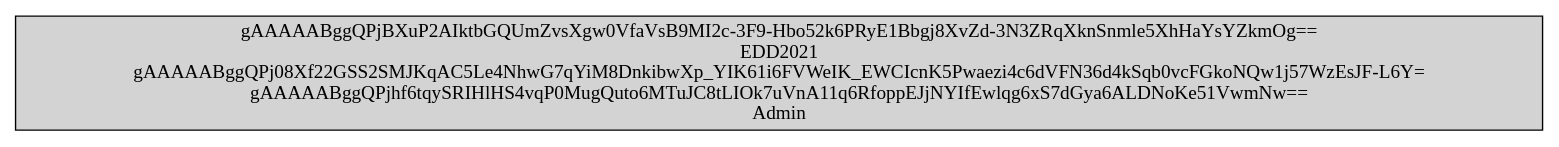
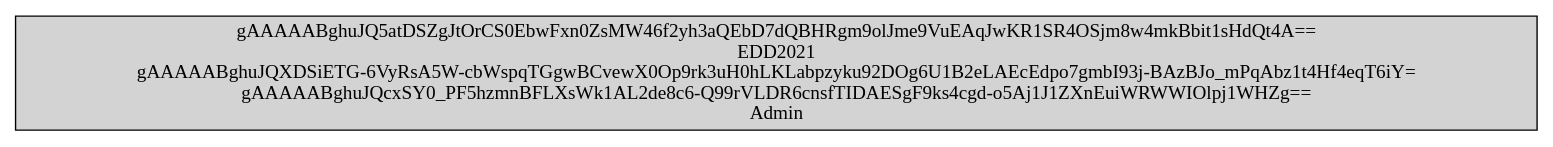
The diagram in Backend/reportesDot/ArbolBEncriptadoSensible.dot (Villa01/EDD_VirtualMall_201900907), drawn with Graphviz before and after one commit. The commit also changed 7 other files, not shown here.

```diff
--- a/Backend/reportesDot/ArbolBEncriptadoSensible.dot
+++ b/Backend/reportesDot/ArbolBEncriptadoSensible.dot
@@ -1,5 +1,5 @@
 digraph grafo { 
 	node[shape="record" style="filled" fillcollor="#58D27A"]
-nodo12345678901011[label = "gAAAAABggQPjBXuP2AIktbGQUmZvsXgw0VfaVsB9MI2c-3F9-Hbo52k6PRyE1Bbgj8XvZd-3N3ZRqXknSnmle5XhHaYsYZkmOg==\nEDD2021\ngAAAAABggQPj08Xf22GSS2SMJKqAC5Le4NhwG7qYiM8DnkibwXp_YIK61i6FVWeIK_EWCIcnK5Pwaezi4c6dVFN36d4kSqb0vcFGkoNQw1j57WzEsJF-L6Y=\ngAAAAABggQPjhf6tqySRIHlHS4vqP0MugQuto6MTuJC8tLIOk7uVnA11q6RfoppEJjNYIfEwlqg6xS7dGya6ALDNoKe51VwmNw==\nAdmin"];
+nodo12345678901011[label = "gAAAAABghuJQ5atDSZgJtOrCS0EbwFxn0ZsMW46f2yh3aQEbD7dQBHRgm9olJme9VuEAqJwKR1SR4OSjm8w4mkBbit1sHdQt4A==\nEDD2021\ngAAAAABghuJQXDSiETG-6VyRsA5W-cbWspqTGgwBCvewX0Op9rk3uH0hLKLabpzyku92DOg6U1B2eLAEcEdpo7gmbI93j-BAzBJo_mPqAbz1t4Hf4eqT6iY=\ngAAAAABghuJQcxSY0_PF5hzmnBFLXsWk1AL2de8c6-Q99rVLDR6cnsfTIDAESgF9ks4cgd-o5Aj1J1ZXnEuiWRWWIOlpj1WHZg==\nAdmin"];
 
 }
```
